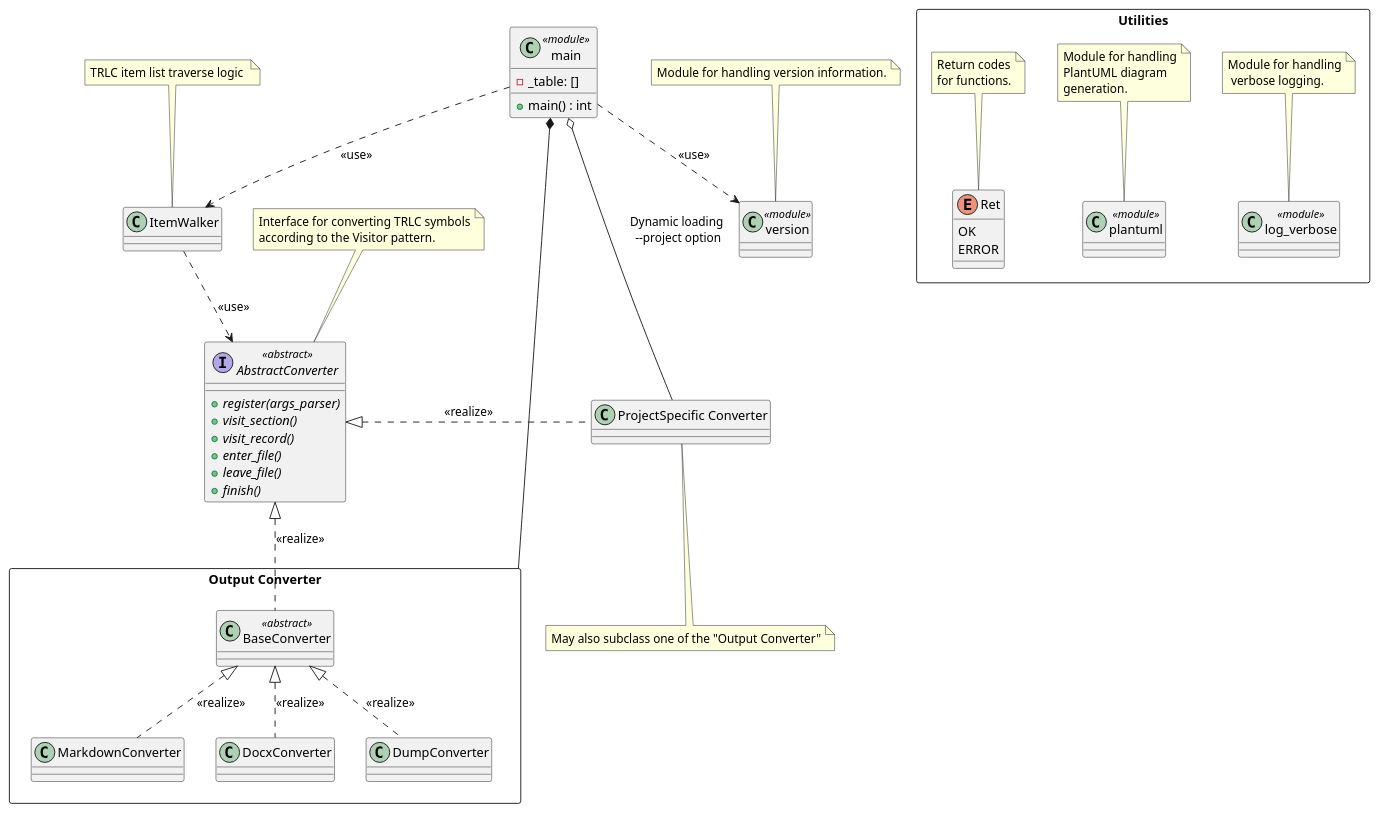
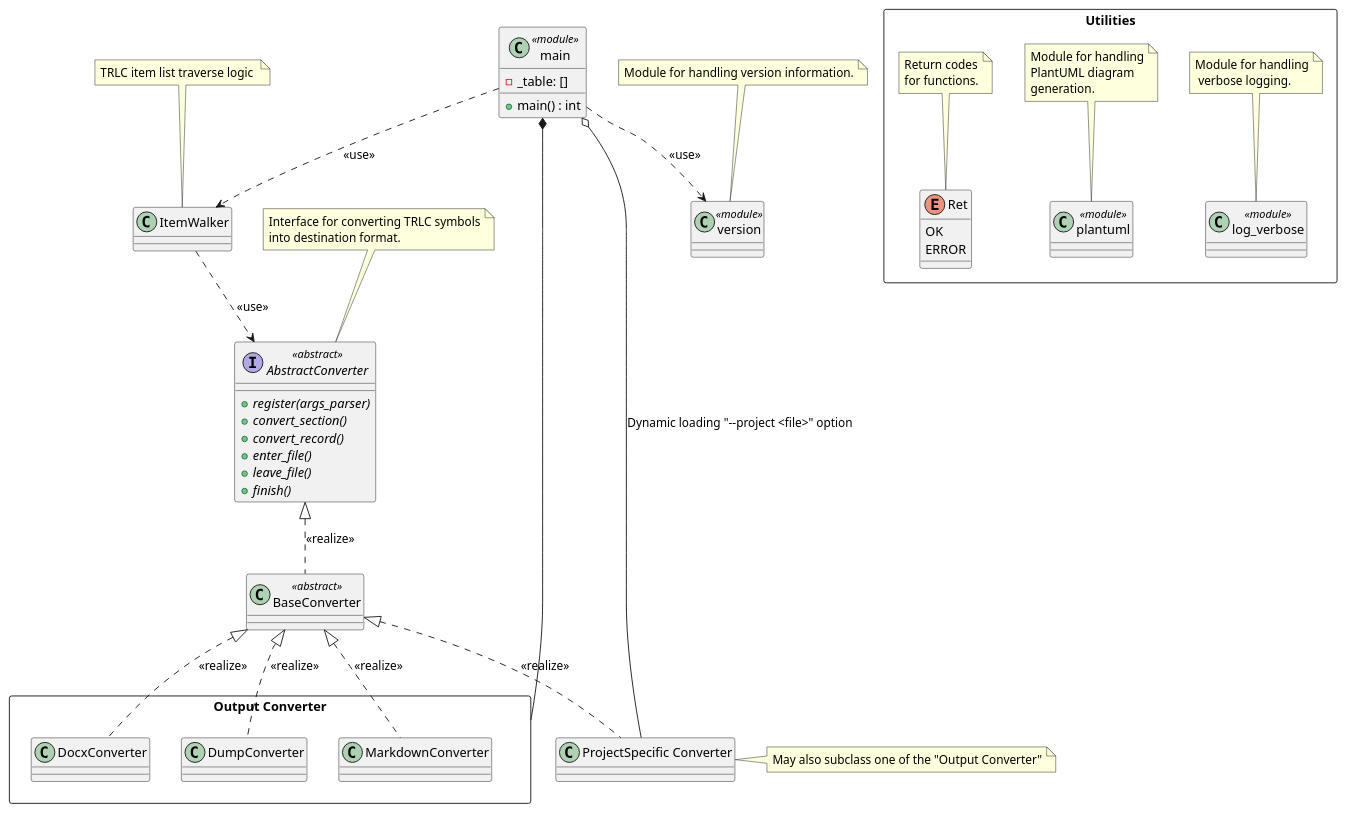
One commit to nhjschulz/pyTRLCConverter changed the diagram in doc/architecture/class_diagram.puml. Above: the diagram before and after it, drawn with PlantUML. The commit also changed 12 other files, not shown here.

```diff
--- a/doc/architecture/class_diagram.puml
+++ b/doc/architecture/class_diagram.puml
@@ -1,100 +1,102 @@
 @startuml class_diagram
 
 interface AbstractConverter <<abstract>>{
     + {abstract} register(args_parser)
-    + {abstract} visit_section()
-    + {abstract} visit_record()
+    + {abstract} convert_section()
+    + {abstract} convert_record()
     + {abstract} enter_file()
     + {abstract} leave_file()
     + {abstract} finish()
 
 }
 
 note top of AbstractConverter
     Interface for converting TRLC symbols
-    according to the Visitor pattern.
+    into destination format.
 end note
 
+class BaseConverter <<abstract>> {
+}
+
 rectangle "Output Converter" {
-    class BaseConverter <<abstract>> {
-    }
 
     class MarkdownConverter {
     }
 
     class DocxConverter {
     }
     class DumpConverter {
     }
 }
 
 AbstractConverter <|.. BaseConverter: <<realize>>
 BaseConverter <|.. MarkdownConverter: <<realize>>
 BaseConverter <|.. DocxConverter: <<realize>>
 BaseConverter <|.. DumpConverter: <<realize>>
 
 class version <<module>> {
 }
 
 note top of version
     Module for handling version information.
 end note
 
 rectangle Utilities {
 
     class log_verbose <<module>> {
     }
 
     note top of log_verbose
         Module for handling
          verbose logging.
     end note
 
     class plantuml <<module>> {
     }
 
     note top of plantuml
         Module for handling
         PlantUML diagram
         generation.
     end note
 
     enum Ret {
         OK
         ERROR
     }
 
     note top of Ret
         Return codes
         for functions.
     end note
 }
 
 
 class main <<module>> {
     - _table: []
     + main() : int
 }
 
 class ItemWalker
 note top of ItemWalker
     TRLC item list traverse logic 
 end note
 
 
 main ..> ItemWalker: <<use>>
 ItemWalker ..> AbstractConverter: <<use>>
 main *--- "Output Converter"
 main ..> version: <<use>>
 
 
 class "ProjectSpecific Converter" {
 }
 
-note bottom of "ProjectSpecific Converter"
+note right of "ProjectSpecific Converter"
 May also subclass one of the "Output Converter"
 end note
-AbstractConverter <|. "ProjectSpecific Converter": <<realize>>
-main o-- "ProjectSpecific Converter" : Dynamic loading\n --project option
+
+BaseConverter <|.. "ProjectSpecific Converter": <<realize>>
+main o- "ProjectSpecific Converter" : Dynamic loading "--project <file>" option
 
 @enduml
```
